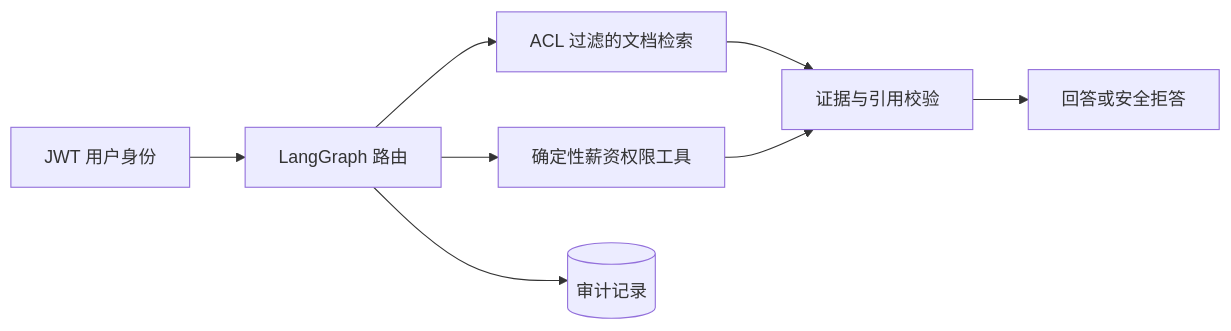
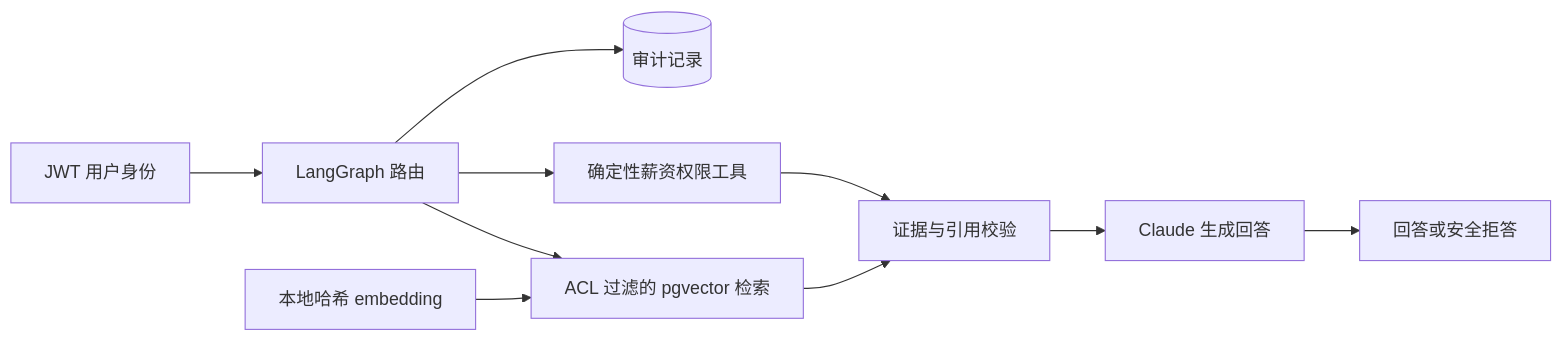
Before and after one commit to karmiy/demo-internal-knowledge-agent: the diagram in README.md, drawn with Mermaid. The commit also changed other lines of this file and 1 other file, not shown here.

Commit message:
Document Claude-only demo setup

````diff
--- a/README.md
+++ b/README.md
@@ -62,10 +63,12 @@
 ```mermaid
 flowchart LR
   U[JWT 用户身份] --> G[LangGraph 路由]
-  G --> R[ACL 过滤的文档检索]
+  G --> R[ACL 过滤的 pgvector 检索]
   G --> T[确定性薪资权限工具]
+  E[本地哈希 embedding] --> R
   R --> V[证据与引用校验]
   T --> V
-  V --> A[回答或安全拒答]
+  V --> C[Claude 生成回答]
+  C --> A[回答或安全拒答]
   G --> L[(审计记录)]
 ```
````
